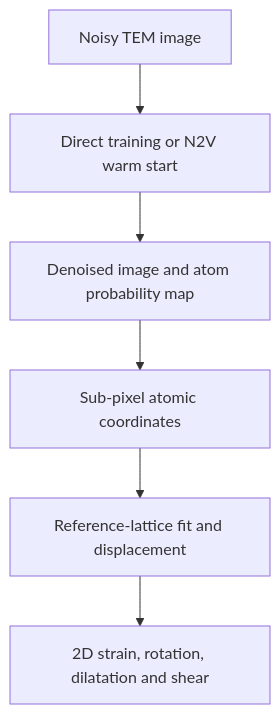
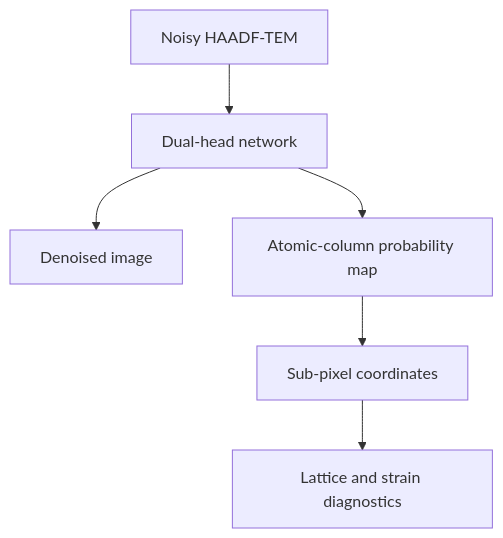
One commit to akatsuki2bb/tem-atomic-localization-strain changed the diagram in README.md. Above: the diagram before and after it, drawn with Mermaid. The commit also changed other lines of this file and 17 other files, not shown here.

````diff
--- a/README.md
+++ b/README.md
@@ -11,8 +7,8 @@
 ```mermaid
 flowchart TD
-    A["Noisy TEM image"] --> B["Direct training or N2V warm start"]
-    B --> C["Denoised image and atom probability map"]
-    C --> D["Sub-pixel atomic coordinates"]
-    D --> E["Reference-lattice fit and displacement"]
-    E --> F["2D strain, rotation, dilatation and shear"]
+    A["Noisy HAADF-TEM"] --> B["Dual-head network"]
+    B --> C["Denoised image"]
+    B --> D["Atomic-column probability map"]
+    D --> E["Sub-pixel coordinates"]
+    E --> F["Lattice and strain diagnostics"]
 ```
````
